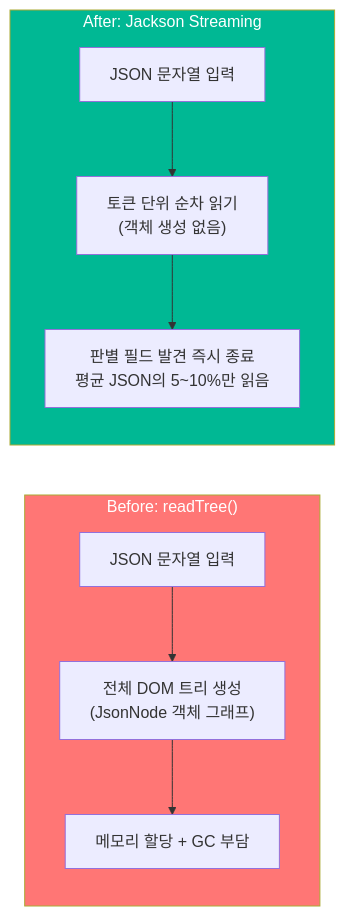
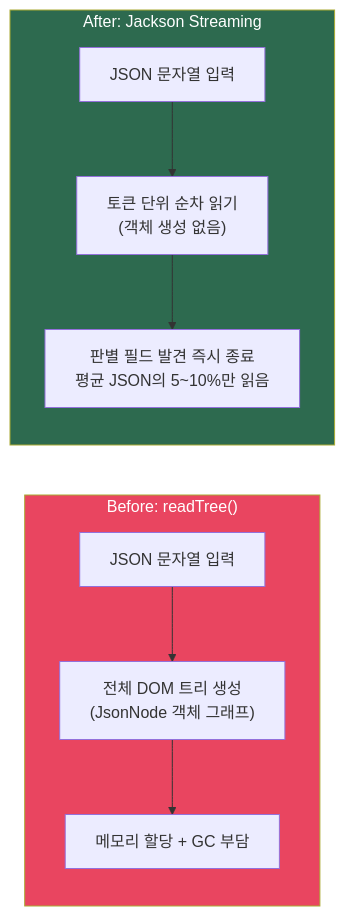
One commit to hyungkishin/hyungkishin.github.io changed the fifth of 8 diagrams in contents/posts/roopers/technical-writing/round4/index.md. Above: the diagram before and after it, drawn with Mermaid. The commit also changed other lines of this file and 3 other files, not shown here.

Commit message:
style: round1~5 블로그 톤 통일 (~합니다 체, 단문 연결, Mermaid 색상, AI 패턴 제거)

````diff
--- a/contents/posts/roopers/technical-writing/round4/index.md
+++ b/contents/posts/roopers/technical-writing/round4/index.md
@@ -187,21 +197,21 @@
 ```mermaid
 flowchart LR
     subgraph before["Before: readTree()"]
         direction TB
         b1["JSON 문자열 입력"]
         b2["전체 DOM 트리 생성<br/>(JsonNode 객체 그래프)"]
         b3["메모리 할당 + GC 부담"]
         b1 --> b2 --> b3
     end
 
     subgraph after["After: Jackson Streaming"]
         direction TB
         a1["JSON 문자열 입력"]
         a2["토큰 단위 순차 읽기<br/>(객체 생성 없음)"]
         a3["판별 필드 발견 즉시 종료<br/>평균 JSON의 5~10%만 읽음"]
         a1 --> a2 --> a3
     end
 
-    style before fill:#ff7675,color:#fff
-    style after fill:#00b894,color:#fff
+    style before fill:#e94560,color:#ffffff
+    style after fill:#2d6a4f,color:#ffffff
 ```
````
